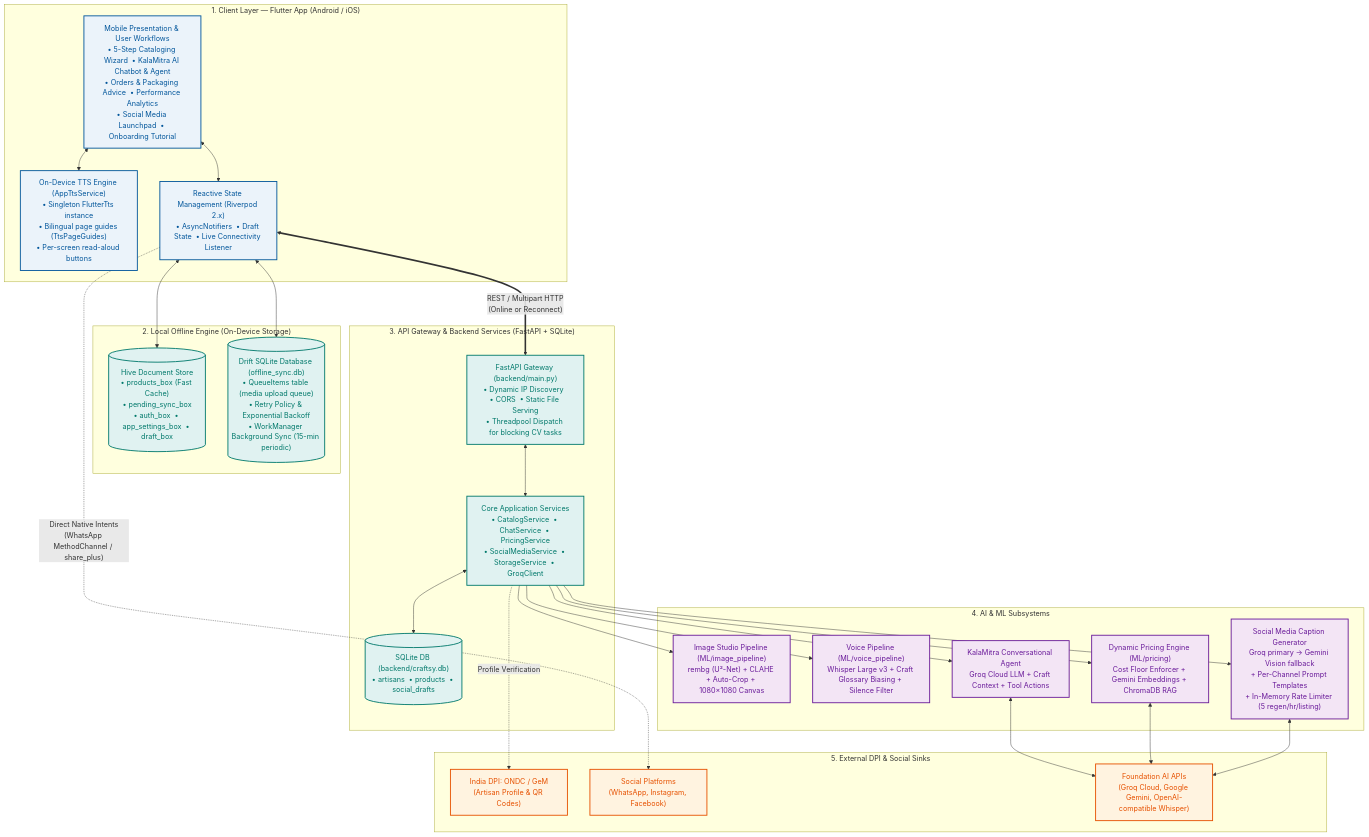
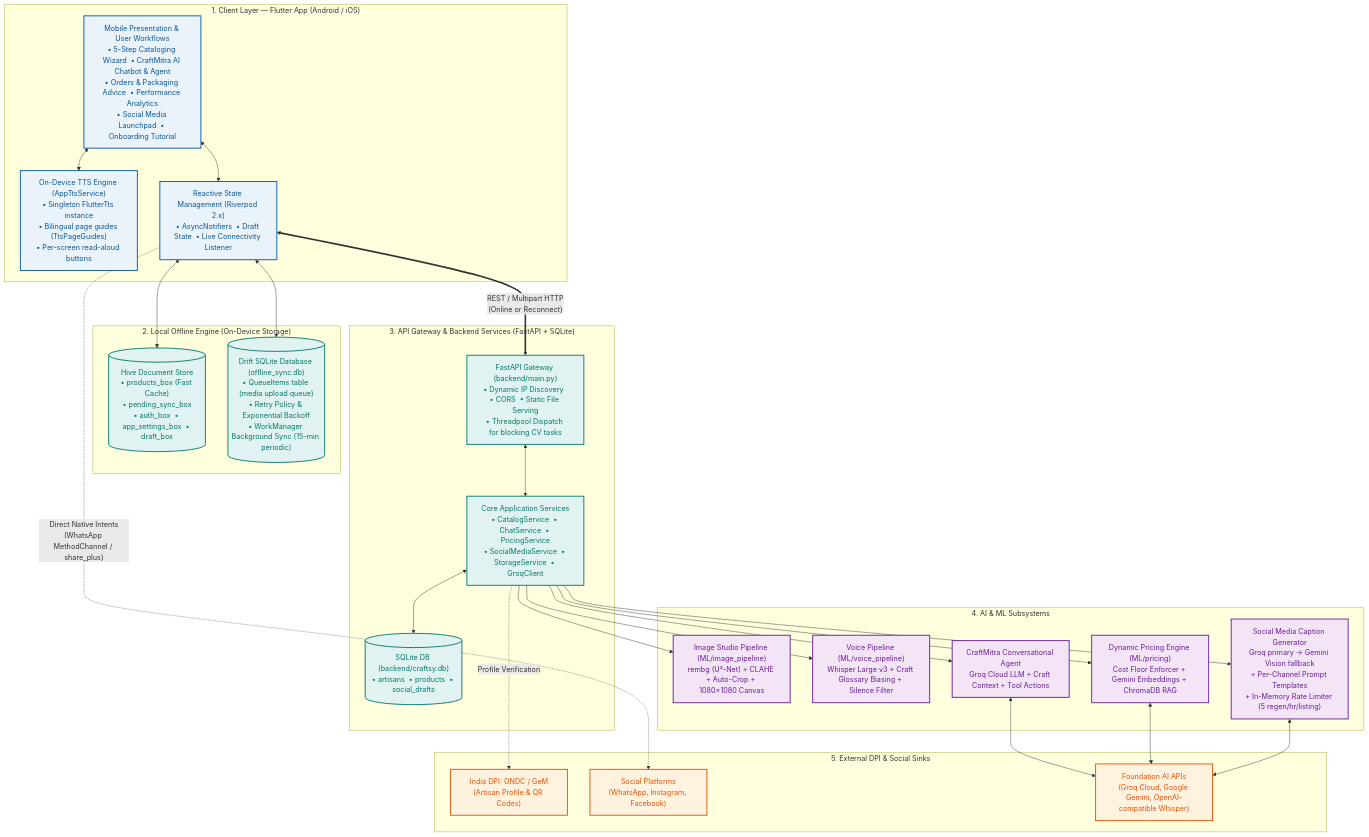
One commit to mdxcodes/craftsy changed the first of 10 diagrams in docs/ARCHITECTURE.md. Above: the diagram before and after it, drawn with Mermaid. The commit also changed other lines of this file and 7 other files, not shown here.

````diff
--- a/docs/ARCHITECTURE.md
+++ b/docs/ARCHITECTURE.md
@@ -64,7 +64,7 @@
 
     subgraph Tier1 ["1. Client Layer — Flutter App (Android / iOS)"]
         UI["Mobile Presentation & User Workflows
-• 5-Step Cataloging Wizard  • KalaMitra AI Chatbot & Agent
+• 5-Step Cataloging Wizard  • CraftMitra AI Chatbot & Agent
 • Orders & Packaging Advice  • Performance Analytics
 • Social Media Launchpad  • Onboarding Tutorial"]
         TTS["On-Device TTS Engine (AppTtsService)
@@ -110,7 +110,7 @@
 Whisper Large v3 + Craft Glossary Biasing + Silence Filter"]
         Pricing["Dynamic Pricing Engine (ML/pricing)
 Cost Floor Enforcer + Gemini Embeddings + ChromaDB RAG"]
-        KalaMitra["KalaMitra Conversational Agent
+        CraftMitra["CraftMitra Conversational Agent
 Groq Cloud LLM + Craft Context + Tool Actions"]
         SocialAI["Social Media Caption Generator
 Groq primary → Gemini Vision fallback
@@ -132,9 +132,9 @@
     Services --> CV
     Services --> ASR
     Services --> Pricing
-    Services --> KalaMitra
+    Services --> CraftMitra
     Services --> SocialAI
-    KalaMitra <--> Models
+    CraftMitra <--> Models
     Pricing <--> Models
     SocialAI <--> Models
     State -.->|"Direct Native Intents
@@ -143,6 +143,6 @@
 
     class UI,State,TTS client;
     class HiveStore,DriftQueue,Gateway,DB,Services gateway;
-    class CV,ASR,Pricing,KalaMitra,SocialAI ai;
+    class CV,ASR,Pricing,CraftMitra,SocialAI ai;
     class ONDC,Social,Models external;
 ```
````
